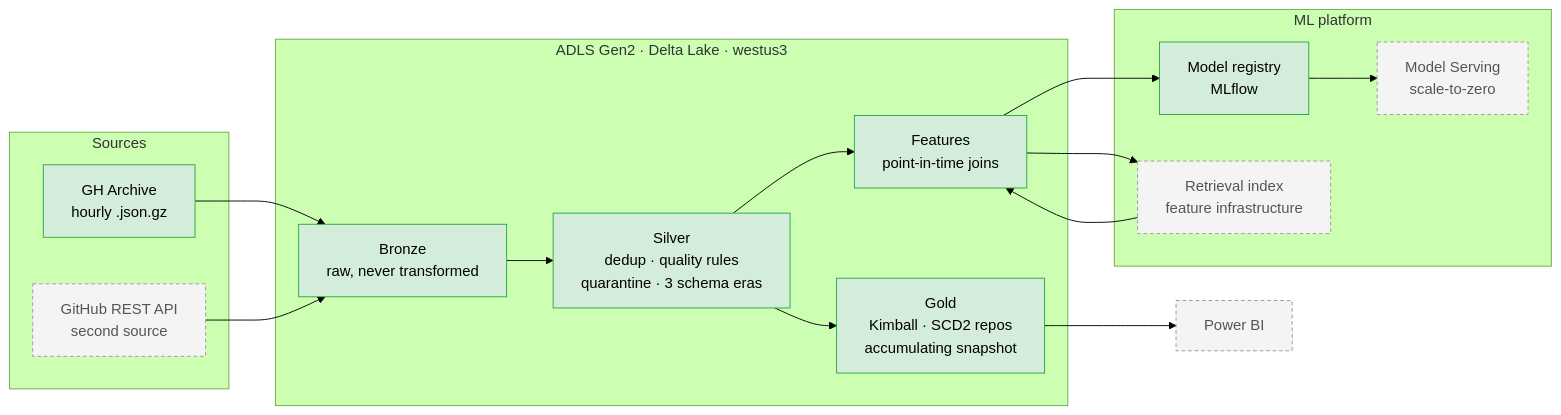
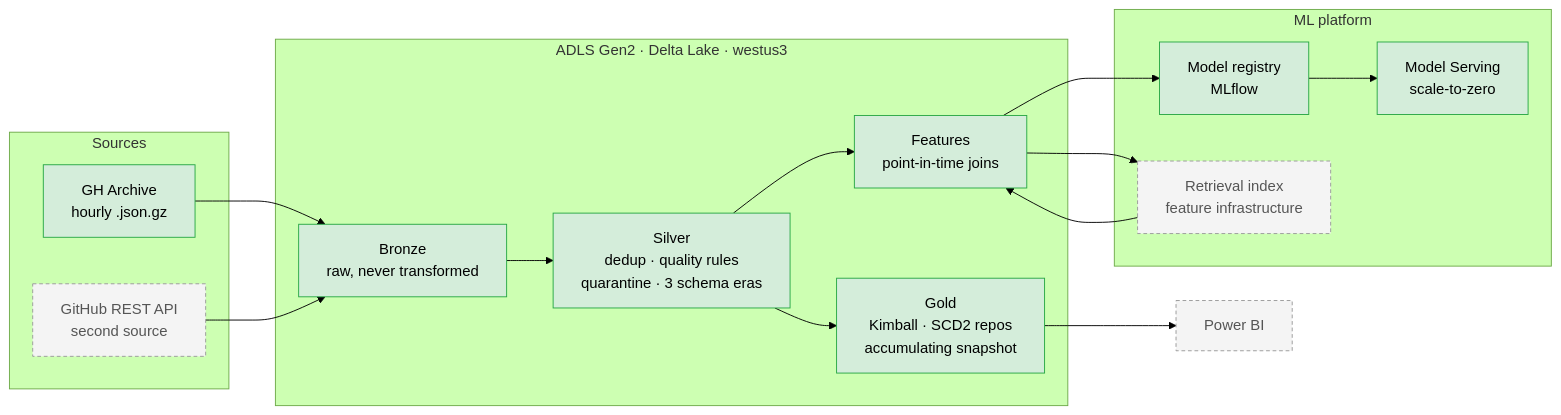
One commit to bsreecharanreddy/almanac changed the diagram in README.md. Above: the diagram before and after it, drawn with Mermaid (forest theme). The commit also changed other lines of this file and 2 other files, not shown here.

````diff
--- a/README.md
+++ b/README.md
@@ -142,35 +148,35 @@
 ```mermaid
 flowchart LR
   subgraph src[Sources]
     GHA[GH Archive<br/>hourly .json.gz]
     API[GitHub REST API<br/>second source]
   end
 
   subgraph lake[ADLS Gen2 · Delta Lake · westus3]
     B[Bronze<br/>raw, never transformed]
     S[Silver<br/>dedup · quality rules<br/>quarantine · 3 schema eras]
     G[Gold<br/>Kimball · SCD2 repos<br/>accumulating snapshot]
     F[Features<br/>point-in-time joins]
   end
 
   subgraph ml[ML platform]
     R[Model registry<br/>MLflow]
     E[Model Serving<br/>scale-to-zero]
     V[Retrieval index<br/>feature infrastructure]
   end
 
   GHA --> B
   API --> B
   B --> S
   S --> G
   S --> F
   G --> BI[Power BI]
   F --> R --> E
   F --> V
   V --> F
 
   classDef done fill:#d4edda,stroke:#28a745,color:#000
   classDef todo fill:#f4f4f4,stroke:#999,color:#555,stroke-dasharray:4 3
-  class GHA,B,S,G,F,R done
-  class API,E,V,BI todo
+  class GHA,B,S,G,F,R,E done
+  class API,V,BI todo
 ```
````
